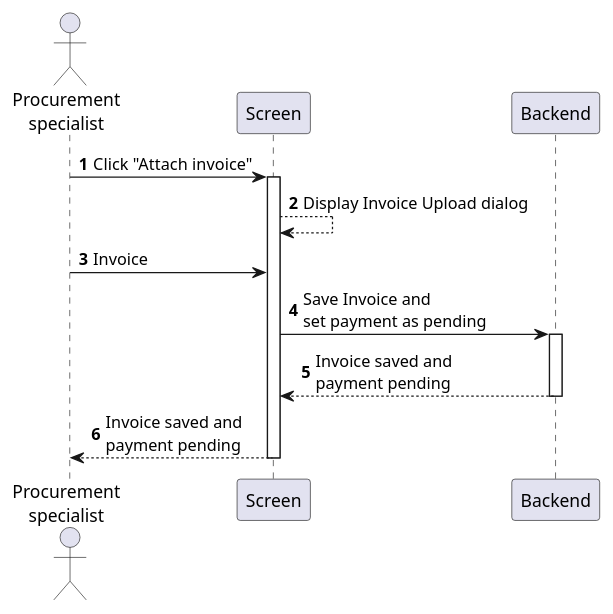
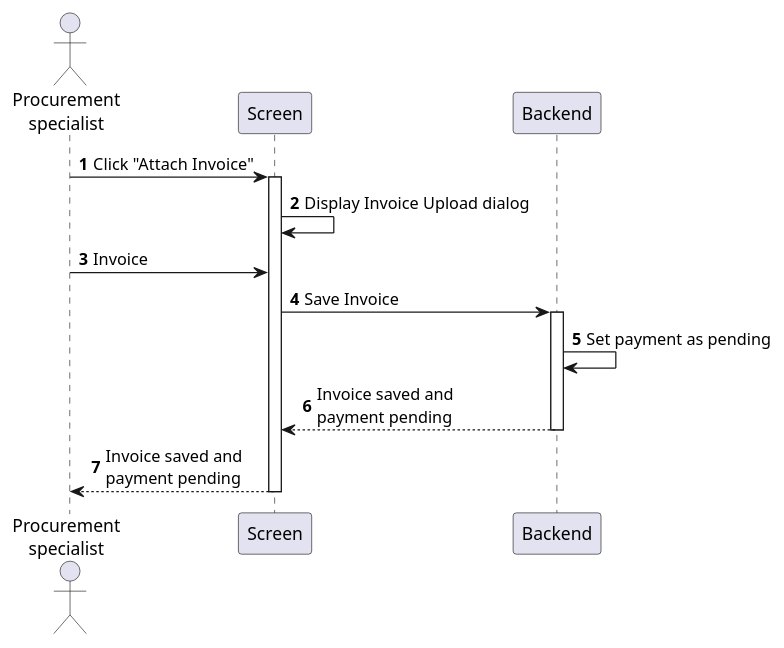
The diagram in sequences/purchase-order-attach-invoice.plantuml (phihungha/scmss-reqs), drawn with PlantUML before and after one commit. The commit also changed 8 other files, not shown here.

```diff
--- a/sequences/purchase-order-attach-invoice.plantuml
+++ b/sequences/purchase-order-attach-invoice.plantuml
@@ -1,16 +1,17 @@
 @startuml purchase-order-attach-invoice
 autonumber
 
 actor "Procurement\nspecialist" as a
 participant Screen as f
 participant Backend as b
 
-a -> f : Click "Attach invoice"
+a -> f : Click "Attach Invoice"
 activate f
-f --> f : Display Invoice Upload dialog
+f -> f : Display Invoice Upload dialog
 a -> f : Invoice
-f -> b : Save Invoice and\nset payment as pending
+f -> b : Save Invoice
 activate b
+b -> b : Set payment as pending
 return Invoice saved and\npayment pending
 return Invoice saved and\npayment pending
 @enduml
```
